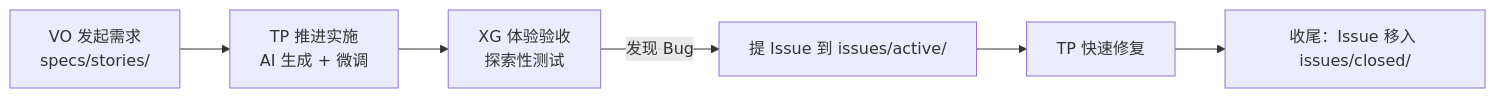
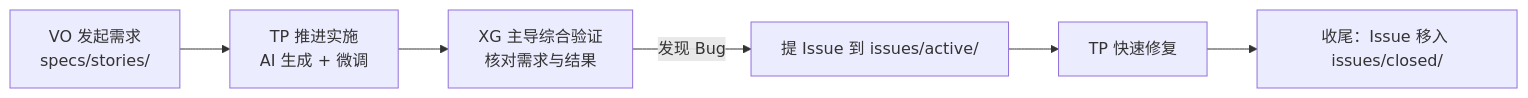
The first of 3 diagrams in docs/wiki/developer/session-workflow.md (Idea-Maglev/maglev), drawn with Mermaid before and after one commit. The commit also changed other lines of this file and 94 other files, not shown here.

````diff
--- a/docs/wiki/developer/session-workflow.md
+++ b/docs/wiki/developer/session-workflow.md
@@ -16,8 +16,8 @@
 ```mermaid
 flowchart LR
     VO[VO 发起需求<br>specs/stories/] --> TP[TP 推进实施<br>AI 生成 + 微调]
-    TP --> XG[XG 体验验收<br>探索性测试]
+    TP --> XG[XG 主导综合验证<br>核对需求与结果]
     XG -->|发现 Bug| BUG[提 Issue 到 issues/active/]
     BUG --> FIX[TP 快速修复]
     FIX --> CLOSE[收尾：Issue 移入 issues/closed/]
 ```
````
